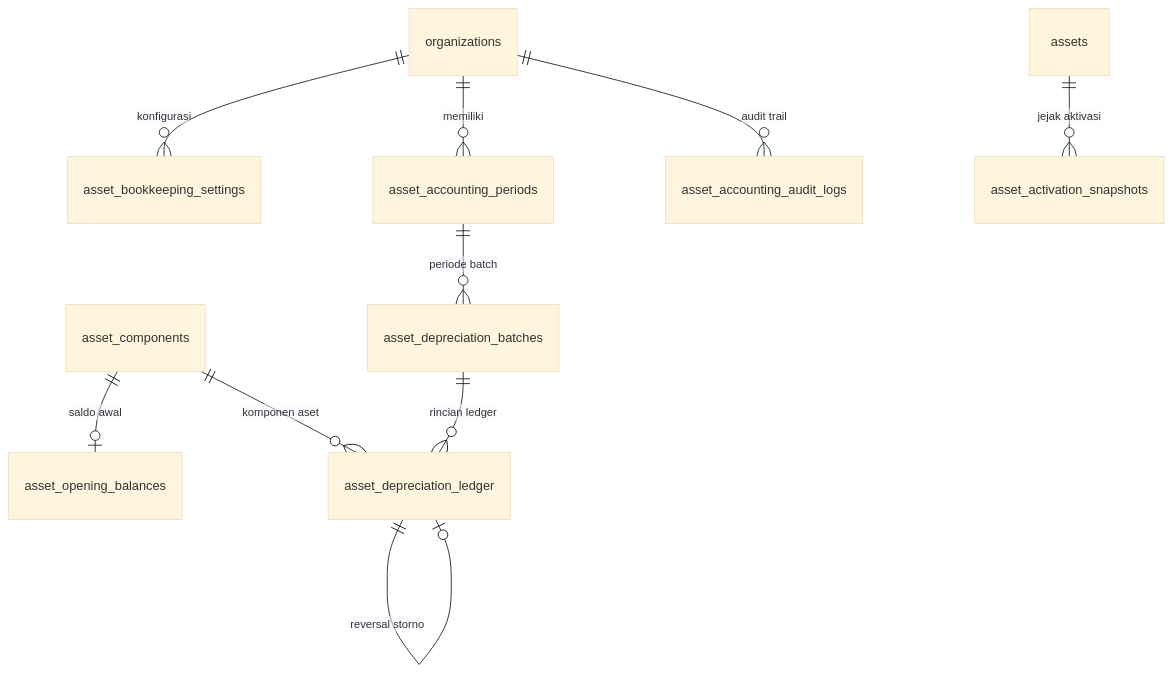
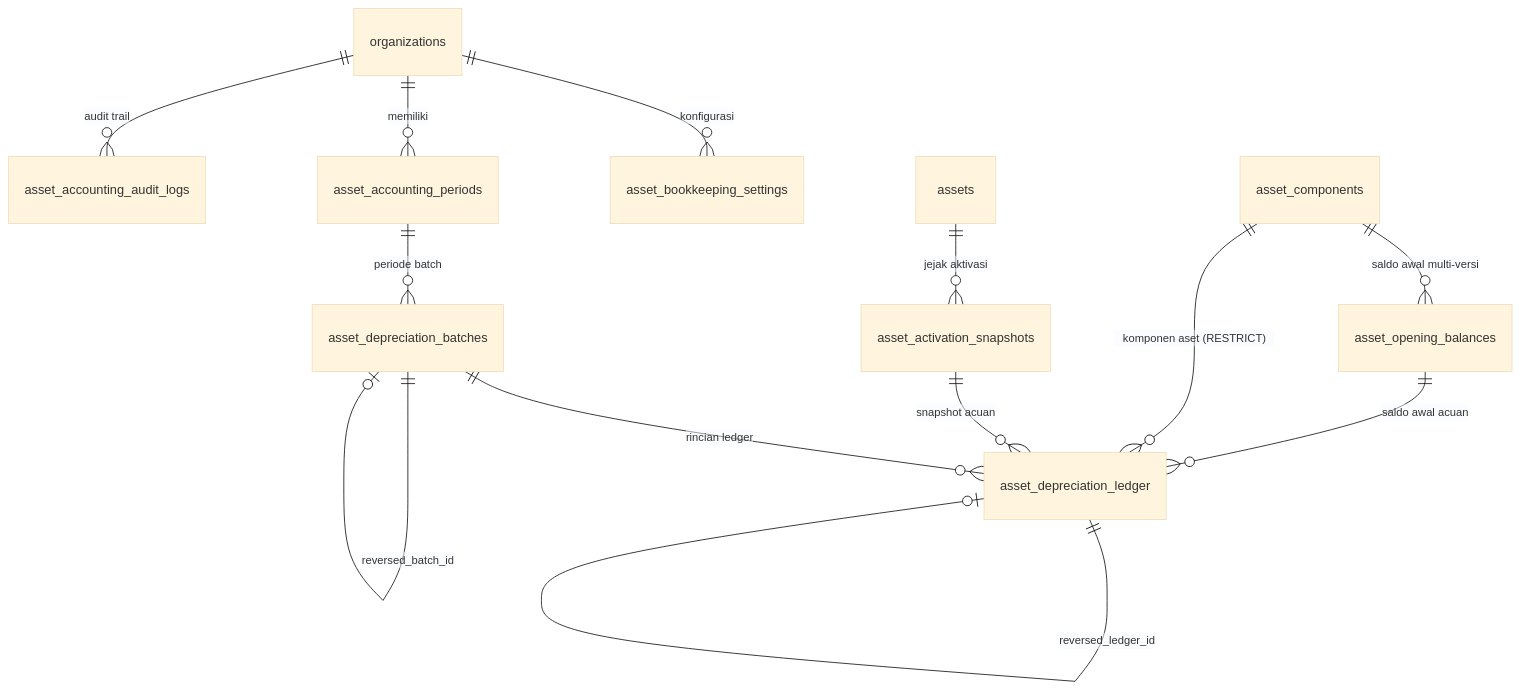
One commit to rhesal/simkos-v2 changed the third of 3 diagrams in docs/aset-inventaris-technical-design.md. Above: the diagram before and after it, drawn with Mermaid (base theme). The commit also changed other lines of this file, not shown here.

Commit message:
docs(aset): finalisasi revisi terbatas Fase 4A buku pembantu penyusutan dan kontrak pembukuan

````diff
--- a/docs/aset-inventaris-technical-design.md
+++ b/docs/aset-inventaris-technical-design.md
@@ -644,12 +651,15 @@
 ```mermaid
 erDiagram
     organizations ||--o{ asset_bookkeeping_settings : "konfigurasi"
     organizations ||--o{ asset_accounting_periods : "memiliki"
     organizations ||--o{ asset_accounting_audit_logs : "audit trail"
     assets ||--o{ asset_activation_snapshots : "jejak aktivasi"
-    asset_components ||--o| asset_opening_balances : "saldo awal"
+    asset_components ||--o{ asset_opening_balances : "saldo awal multi-versi"
     asset_accounting_periods ||--o{ asset_depreciation_batches : "periode batch"
     asset_depreciation_batches ||--o{ asset_depreciation_ledger : "rincian ledger"
-    asset_components ||--o{ asset_depreciation_ledger : "komponen aset"
-    asset_depreciation_ledger ||--o| asset_depreciation_ledger : "reversal storno"
+    asset_components ||--o{ asset_depreciation_ledger : "komponen aset (RESTRICT)"
+    asset_activation_snapshots ||--o{ asset_depreciation_ledger : "snapshot acuan"
+    asset_opening_balances ||--o{ asset_depreciation_ledger : "saldo awal acuan"
+    asset_depreciation_batches ||--o| asset_depreciation_batches : "reversed_batch_id"
+    asset_depreciation_ledger ||--o| asset_depreciation_ledger : "reversed_ledger_id"
 ```
````
